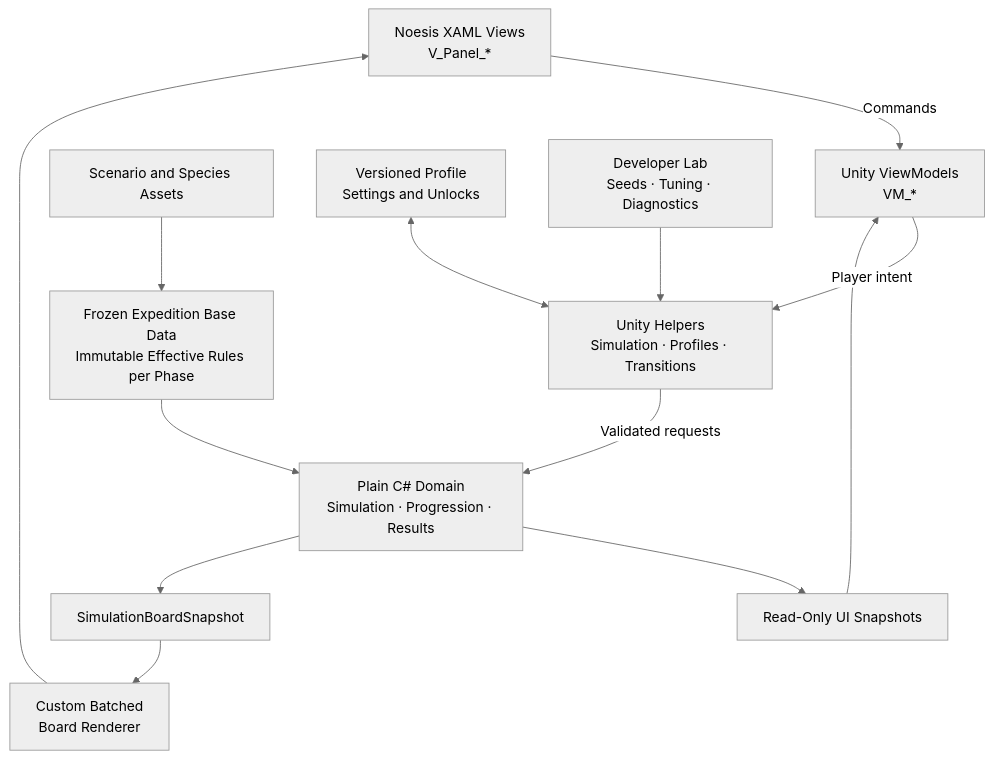
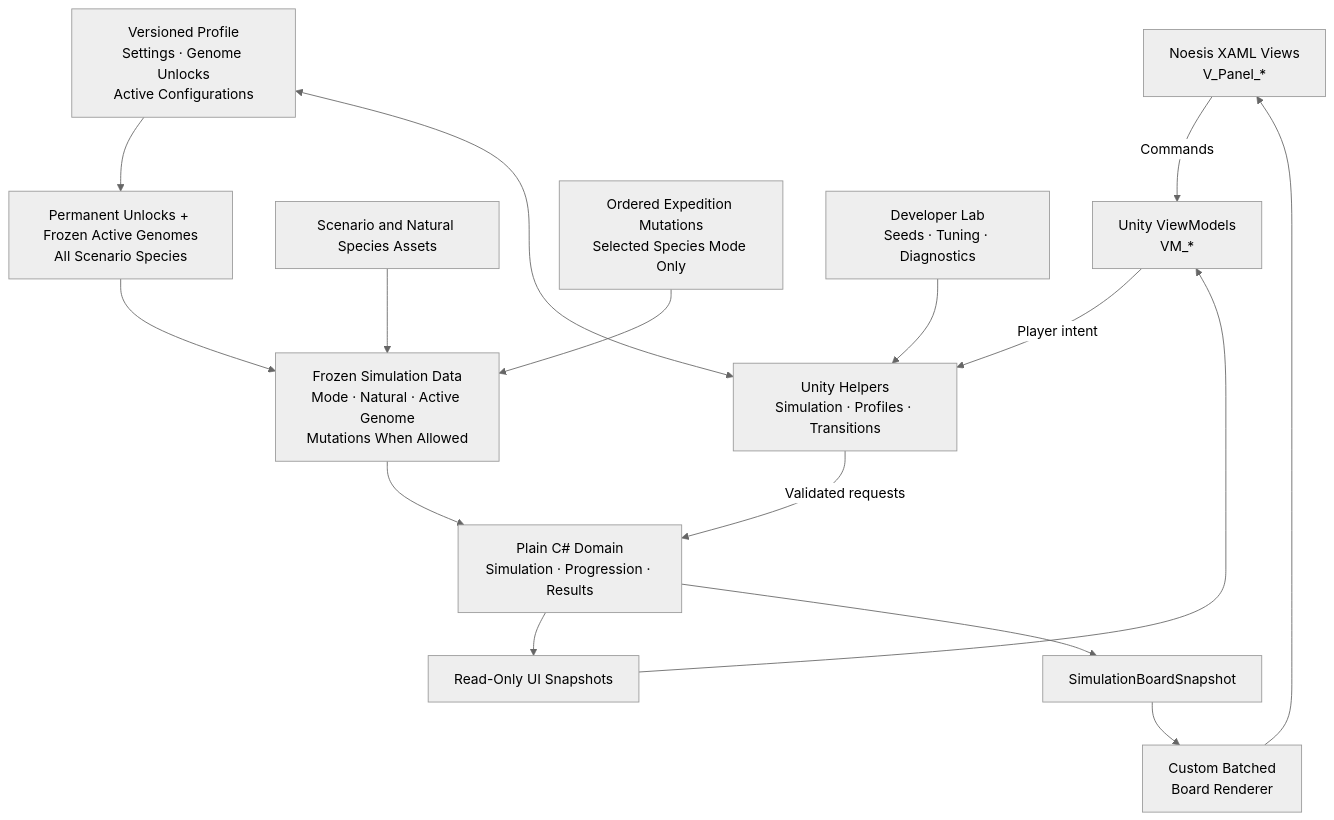
The second of 3 diagrams in LearningIndieDev/docs/Architecture Maps/GAME_ARCHITECTURE_AND_FLOWS.md (Saltylanguage/GameDev), drawn with Mermaid (neutral theme) before and after one commit. The commit also changed other lines of this file and 156 other files, not shown here.

````diff
--- a/LearningIndieDev/docs/Architecture Maps/GAME_ARCHITECTURE_AND_FLOWS.md
+++ b/LearningIndieDev/docs/Architecture Maps/GAME_ARCHITECTURE_AND_FLOWS.md
@@ -49,28 +55,32 @@
 ```mermaid
 flowchart TB
     VIEW["Noesis XAML Views<br/>V_Panel_*"]
     VM["Unity ViewModels<br/>VM_*"]
     HELPER["Unity Helpers<br/>Simulation · Profiles · Transitions"]
     DOMAIN["Plain C# Domain<br/>Simulation · Progression · Results"]
 
-    ASSETS["Scenario and Species Assets"]
-    DATA["Frozen Expedition Base Data<br/>Immutable Effective Rules per Phase"]
-    SAVE["Versioned Profile<br/>Settings and Unlocks"]
+    ASSETS["Scenario and Natural Species Assets"]
+    GENOME["Permanent Unlocks + Frozen Active Genomes<br/>All Scenario Species"]
+    MUTATIONS["Ordered Expedition Mutations<br/>Selected Species Mode Only"]
+    DATA["Frozen Simulation Data<br/>Mode · Natural · Active Genome<br/>Mutations When Allowed"]
+    SAVE["Versioned Profile<br/>Settings · Genome Unlocks<br/>Active Configurations"]
 
     SHELL["Read-Only UI Snapshots"]
     BOARD["SimulationBoardSnapshot"]
     RENDERER["Custom Batched<br/>Board Renderer"]
 
     DEVLAB["Developer Lab<br/>Seeds · Tuning · Diagnostics"]
 
     VIEW -->|"Commands"| VM
     VM -->|"Player intent"| HELPER
     HELPER -->|"Validated requests"| DOMAIN
 
     ASSETS --> DATA --> DOMAIN
+    SAVE --> GENOME --> DATA
+    MUTATIONS --> DATA
     SAVE <--> HELPER
     DEVLAB --> HELPER
 
     DOMAIN --> SHELL --> VM
     DOMAIN --> BOARD --> RENDERER --> VIEW
 ```
````
